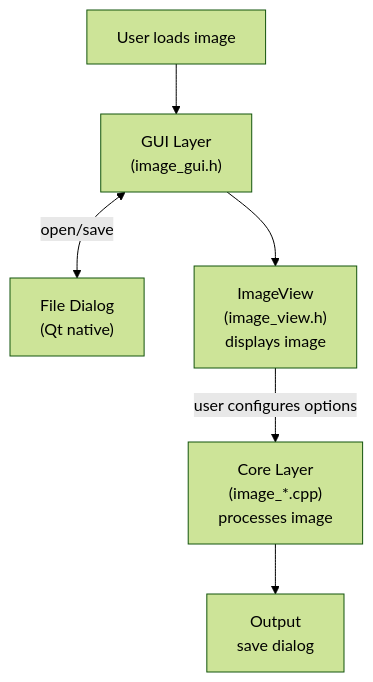
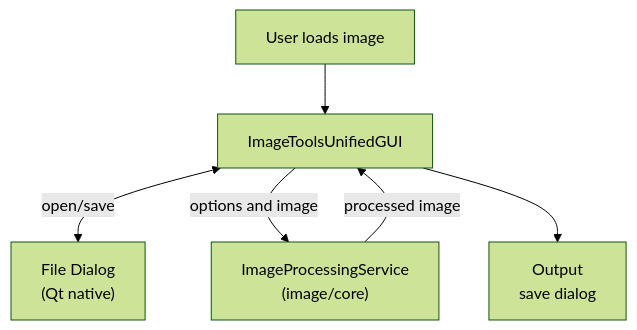
One commit to LotusAndCompany/devtools changed the fifth of 9 diagrams in docs/development/architecture.md. Above: the diagram before and after it, drawn with Mermaid (forest theme). The commit also changed other lines of this file and 129 other files, not shown here.

````diff
--- a/docs/development/architecture.md
+++ b/docs/development/architecture.md
@@ -163,8 +169,8 @@
 ```mermaid
 flowchart TD
-    user["User loads image"] --> gui["GUI Layer<br/>(image_gui.h)"]
+    user["User loads image"] --> gui["ImageToolsUnifiedGUI"]
     gui <-->|"open/save"| dialog["File Dialog<br/>(Qt native)"]
-    gui --> view["ImageView<br/>(image_view.h)<br/>displays image"]
-    view -->|"user configures options"| core["Core Layer<br/>(image_*.cpp)<br/>processes image"]
-    core --> output["Output<br/>save dialog"]
+    gui -->|"options and image"| core["ImageProcessingService<br/>(image/core)"]
+    core -->|"processed image"| gui
+    gui --> output["Output<br/>save dialog"]
 ```
````
